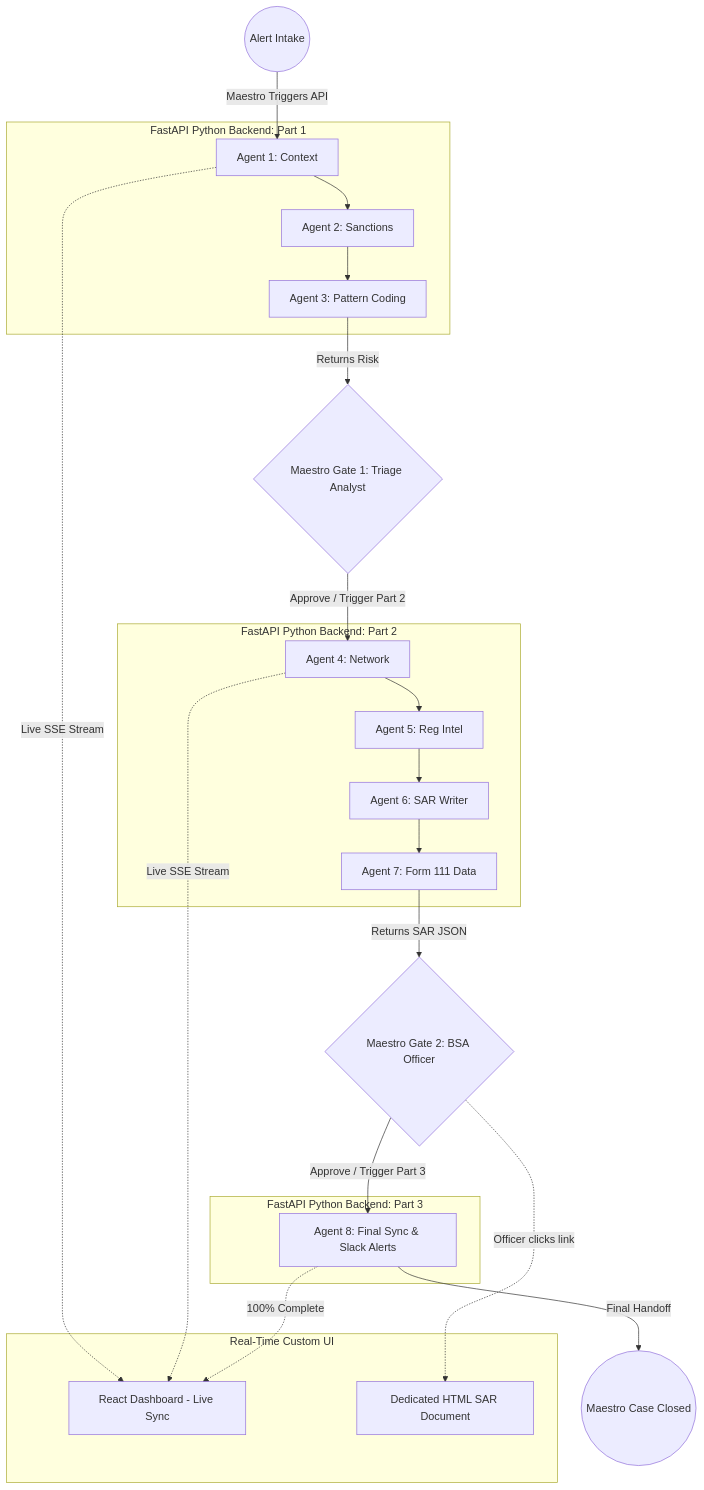
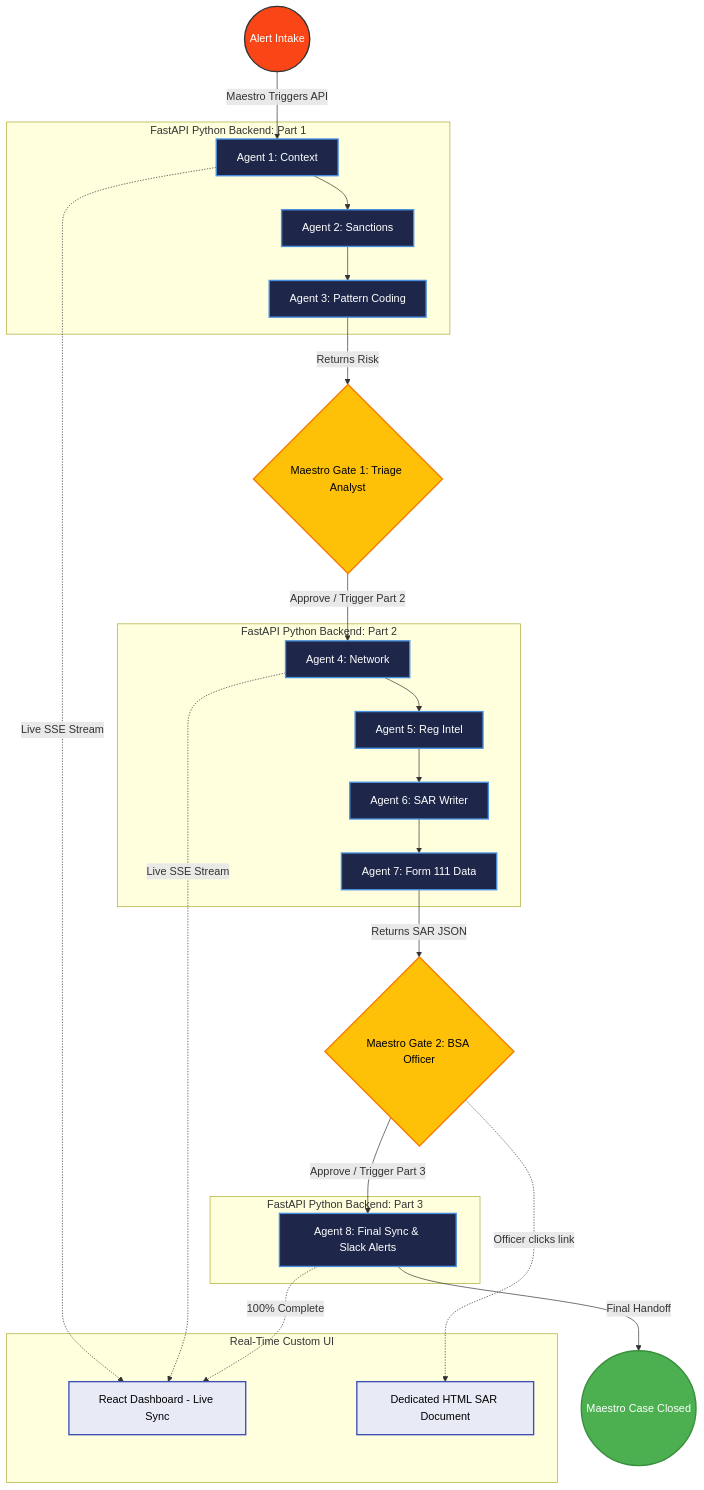
One commit to anilchowdary07/SentinelFin changed the diagram in README.md. Above: the diagram before and after it, drawn with Mermaid.

Commit message:
style: apply professional color scheme to architecture diagram

````diff
--- a/README.md
+++ b/README.md
@@ -30,45 +30,52 @@
 ```mermaid
 graph TD
+    %% Define Colors
+    classDef uipath fill:#FA4616,stroke:#333,stroke-width:2px,color:#fff;
+    classDef python fill:#1E2749,stroke:#4A90E2,stroke-width:2px,color:#fff;
+    classDef gate fill:#FFC107,stroke:#F57C00,stroke-width:2px,color:#000;
+    classDef ui fill:#E8EAF6,stroke:#3F51B5,stroke-width:2px,color:#000;
+    classDef finish fill:#4CAF50,stroke:#388E3C,stroke-width:2px,color:#fff;
+
     %% Initial Trigger
-    M_Start((Alert Intake)) -->|Maestro Triggers API| P1
+    M_Start((Alert Intake)):::uipath -->|Maestro Triggers API| P1
     
     %% Backend Part 1
     subgraph FastAPI Python Backend: Part 1
-        P1[Agent 1: Context] --> P2[Agent 2: Sanctions]
-        P2 --> P3[Agent 3: Pattern Coding]
+        P1[Agent 1: Context]:::python --> P2[Agent 2: Sanctions]:::python
+        P2 --> P3[Agent 3: Pattern Coding]:::python
     end
     
     %% First Human Gate
-    P3 -->|Returns Risk| Gate1{Maestro Gate 1: Triage Analyst}
+    P3 -->|Returns Risk| Gate1{Maestro Gate 1: Triage Analyst}:::gate
     Gate1 -->|Approve / Trigger Part 2| P4
     
     %% Backend Part 2
     subgraph FastAPI Python Backend: Part 2
-        P4[Agent 4: Network] --> P5[Agent 5: Reg Intel]
-        P5 --> P6[Agent 6: SAR Writer]
-        P6 --> P7[Agent 7: Form 111 Data]
+        P4[Agent 4: Network]:::python --> P5[Agent 5: Reg Intel]:::python
+        P5 --> P6[Agent 6: SAR Writer]:::python
+        P6 --> P7[Agent 7: Form 111 Data]:::python
     end
     
     %% Second Human Gate
-    P7 -->|Returns SAR JSON| Gate2{Maestro Gate 2: BSA Officer}
+    P7 -->|Returns SAR JSON| Gate2{Maestro Gate 2: BSA Officer}:::gate
     Gate2 -->|Approve / Trigger Part 3| P8
     
     %% Backend Part 3
     subgraph FastAPI Python Backend: Part 3
-        P8[Agent 8: Final Sync & Slack Alerts]
+        P8[Agent 8: Final Sync & Slack Alerts]:::python
     end
     
-    P8 -->|Final Handoff| M_End((Maestro Case Closed))
+    P8 -->|Final Handoff| M_End((Maestro Case Closed)):::finish
     
     %% Custom UI Integration
     subgraph Real-Time Custom UI
-        Dash[React Dashboard - Live Sync]
-        Report[Dedicated HTML SAR Document]
+        Dash[React Dashboard - Live Sync]:::ui
+        Report[Dedicated HTML SAR Document]:::ui
     end
     
     %% UI SSE Streams
     P1 -.->|Live SSE Stream| Dash
     P4 -.->|Live SSE Stream| Dash
     P8 -.->|100% Complete| Dash
     Gate2 -.->|Officer clicks link| Report
 ```
````
